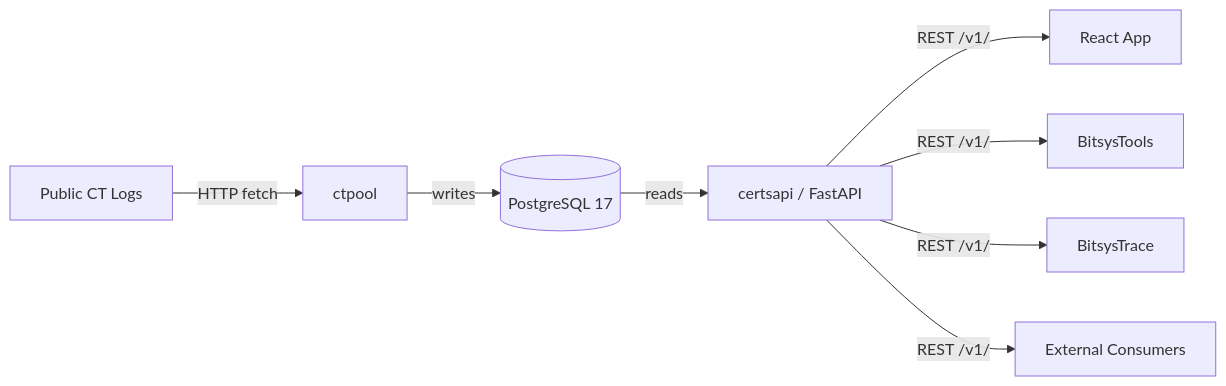
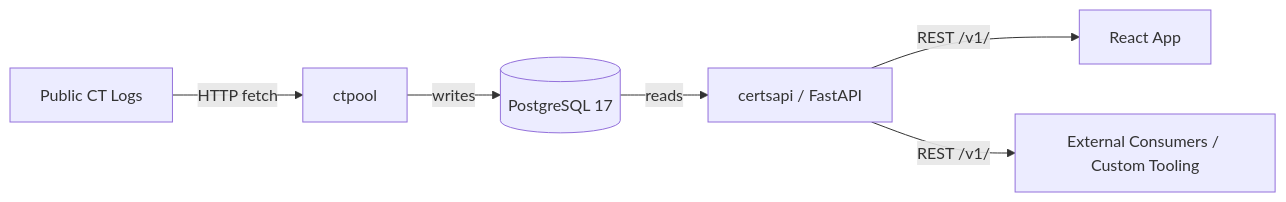
The second of 2 diagrams in docs/PRD.md (bitsyscerts/bitsyscerts), drawn with Mermaid before and after one commit. The commit also changed other lines of this file and 6 other files, not shown here.

````diff
--- a/docs/PRD.md
+++ b/docs/PRD.md
@@ -253,10 +275,8 @@
 ```mermaid
 graph LR
     CT[Public CT Logs] -->|HTTP fetch| ctpool
     ctpool -->|writes| PG[(PostgreSQL 17)]
     PG -->|reads| api[certsapi / FastAPI]
     api -->|REST /v1/| app[React App]
-    api -->|REST /v1/| tools[BitsysTools]
-    api -->|REST /v1/| trace[BitsysTrace]
-    api -->|REST /v1/| ext[External Consumers]
+    api -->|REST /v1/| ext[External Consumers / Custom Tooling]
 ```
````
